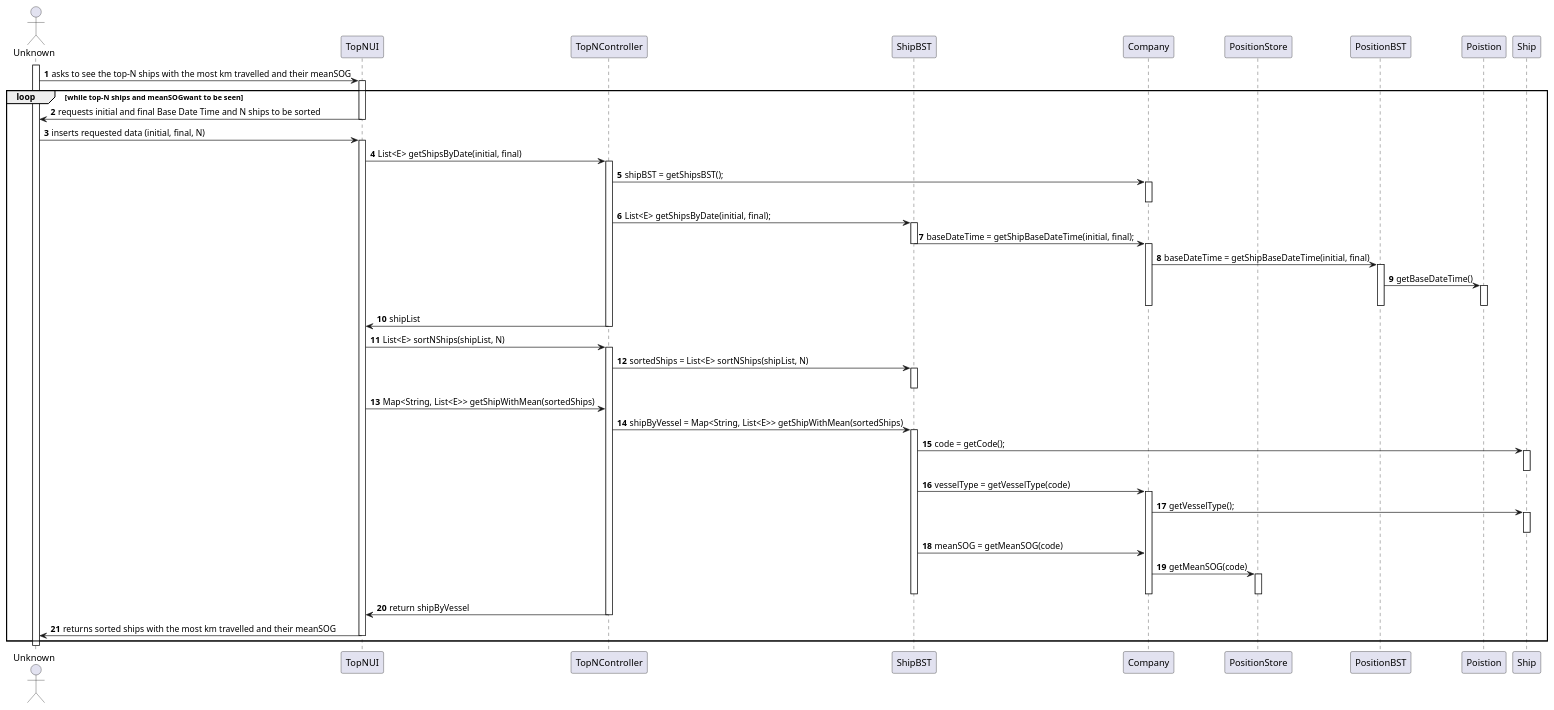
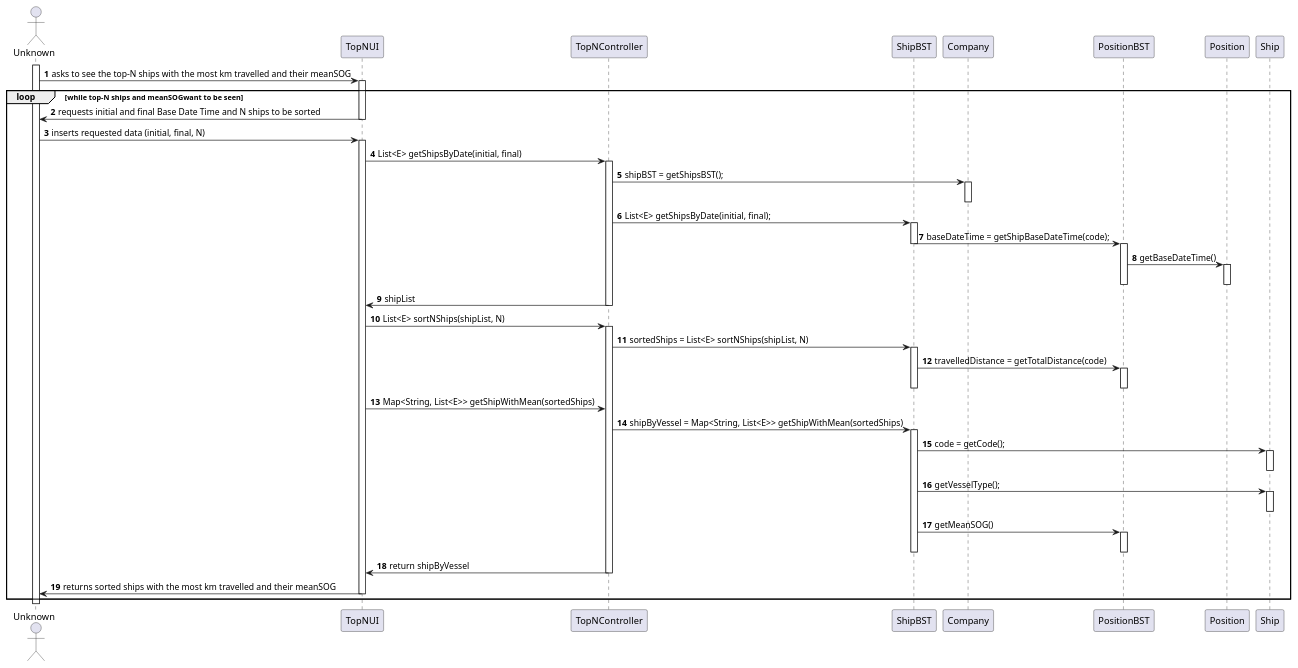
One commit to ana-albergaria/LAPR3-ISEP changed the diagram in docs/US106/US106_SD.puml. Above: the diagram before and after it, drawn with PlantUML. The commit also changed 7 other files, not shown here.

```diff
--- a/docs/US106/US106_SD.puml
+++ b/docs/US106/US106_SD.puml
@@ -1,73 +1,69 @@
 @startuml
 autonumber
 'hide footbox
 actor "Unknown" as ADM
 
 participant "TopNUI" as UI
 participant "TopNController" as CTRL
 participant "ShipBST" as STORE
 participant "Company" as COMP
-participant "PositionStore" as POSITION
 participant "PositionBST" as BST
-participant "Poistion" as POS
+participant "Position" as POS
 participant "Ship" as SHIP
 
 
 activate ADM
 ADM -> UI : asks to see the top-N ships with the most km travelled and their meanSOG
 activate UI
 loop while top-N ships and meanSOGwant to be seen
 UI -> ADM : requests initial and final Base Date Time and N ships to be sorted
 deactivate UI
 
 ADM -> UI : inserts requested data (initial, final, N)
 activate UI
 UI -> CTRL : List<E> getShipsByDate(initial, final)
 activate CTRL
 CTRL -> COMP : shipBST = getShipsBST();
 activate COMP
 deactivate COMP
 CTRL -> STORE : List<E> getShipsByDate(initial, final);
 activate STORE
-STORE -> COMP : baseDateTime = getShipBaseDateTime(initial, final);
+STORE -> BST : baseDateTime = getShipBaseDateTime(code);
 deactivate STORE
-activate COMP
-COMP -> BST : baseDateTime = getShipBaseDateTime(initial, final)
 activate BST
 BST -> POS : getBaseDateTime()
 activate POS
 deactivate POS
 deactivate BST
-deactivate COMP
 CTRL -> UI : shipList
 deactivate CTRL
 
 UI -> CTRL : List<E> sortNShips(shipList, N)
 activate CTRL
 CTRL -> STORE : sortedShips = List<E> sortNShips(shipList, N)
 activate STORE
+STORE -> BST : travelledDistance = getTotalDistance(code)
+activate BST
+deactivate BST
 deactivate STORE
 UI -> CTRL : Map<String, List<E>> getShipWithMean(sortedShips)
 CTRL -> STORE : shipByVessel = Map<String, List<E>> getShipWithMean(sortedShips)
 activate STORE
 STORE -> SHIP : code = getCode();
 activate SHIP
 deactivate SHIP
-STORE -> COMP : vesselType = getVesselType(code)
-activate COMP
-COMP -> SHIP : getVesselType();
+STORE -> SHIP : getVesselType();
 activate SHIP
 deactivate SHIP
-STORE -> COMP : meanSOG = getMeanSOG(code)
-COMP -> POSITION : getMeanSOG(code)
-activate POSITION
-deactivate POSITION
-deactivate COMP
+STORE -> BST : getMeanSOG()
+activate BST
+deactivate BST
 deactivate STORE
 CTRL -> UI : return shipByVessel
 deactivate CTRL
 UI -> ADM : returns sorted ships with the most km travelled and their meanSOG
 deactivate UI
 end
 deactivate ADM
+
 @enduml
```
